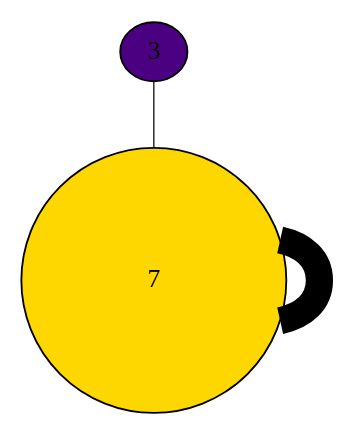
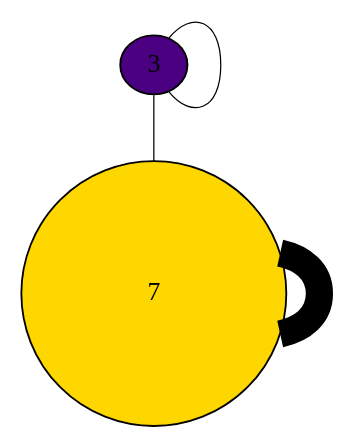
One commit to AniketGurav/pymake changed the diagram in src/graph.dot. Above: the diagram before and after it, drawn with Graphviz. The commit also changed 10 other files, not shown here.

```diff
--- a/src/graph.dot
+++ b/src/graph.dot
@@ -1,12 +1,13 @@
 graph  {
 	3	 [fillcolor="#4B0082",
 		height=0.0140983405439,
 		style=filled,
 		width=0.0140983405439];
+	3 -- 3	 [penwidth=0.671715682963];
 	7	 [fillcolor="#FFD700",
 		height=1.99995030858,
 		style=filled,
 		width=1.99995030858];
 	3 -- 7	 [penwidth=0.671715682963];
 	7 -- 7	 [penwidth=14.7777450252];
 }
```
